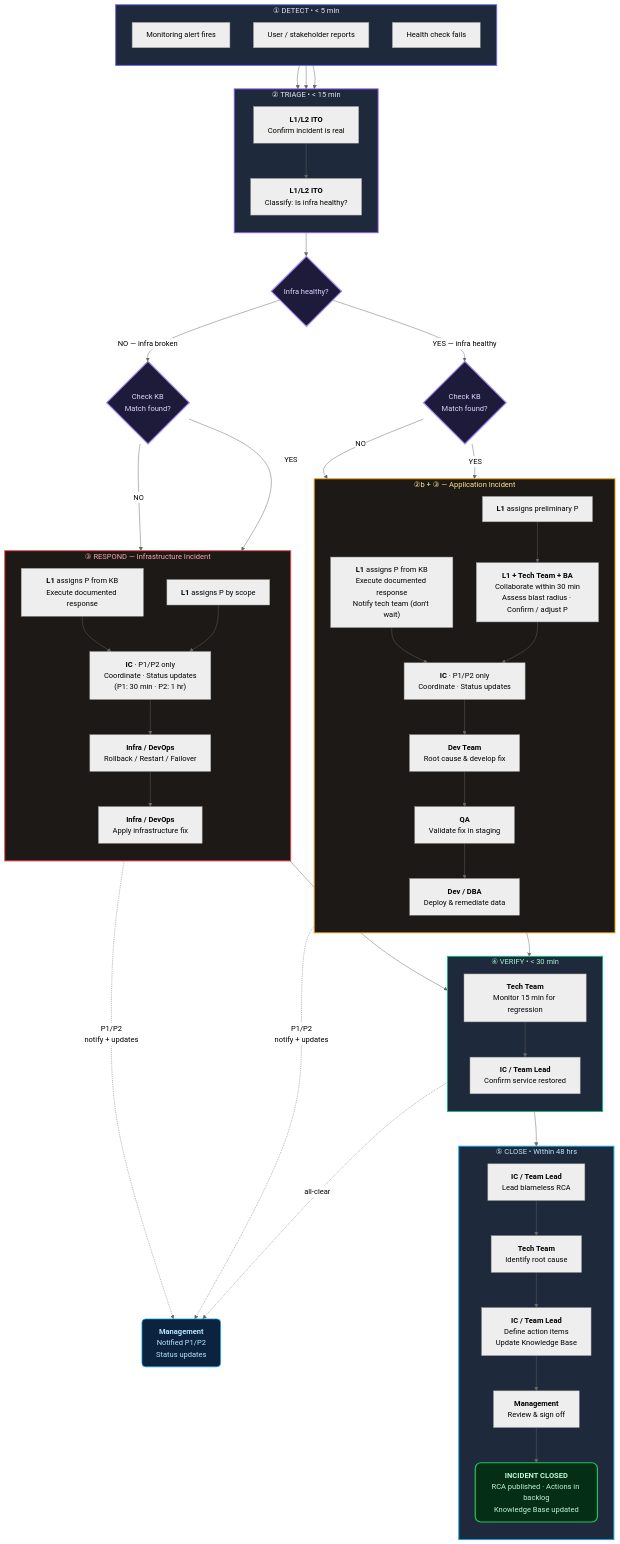
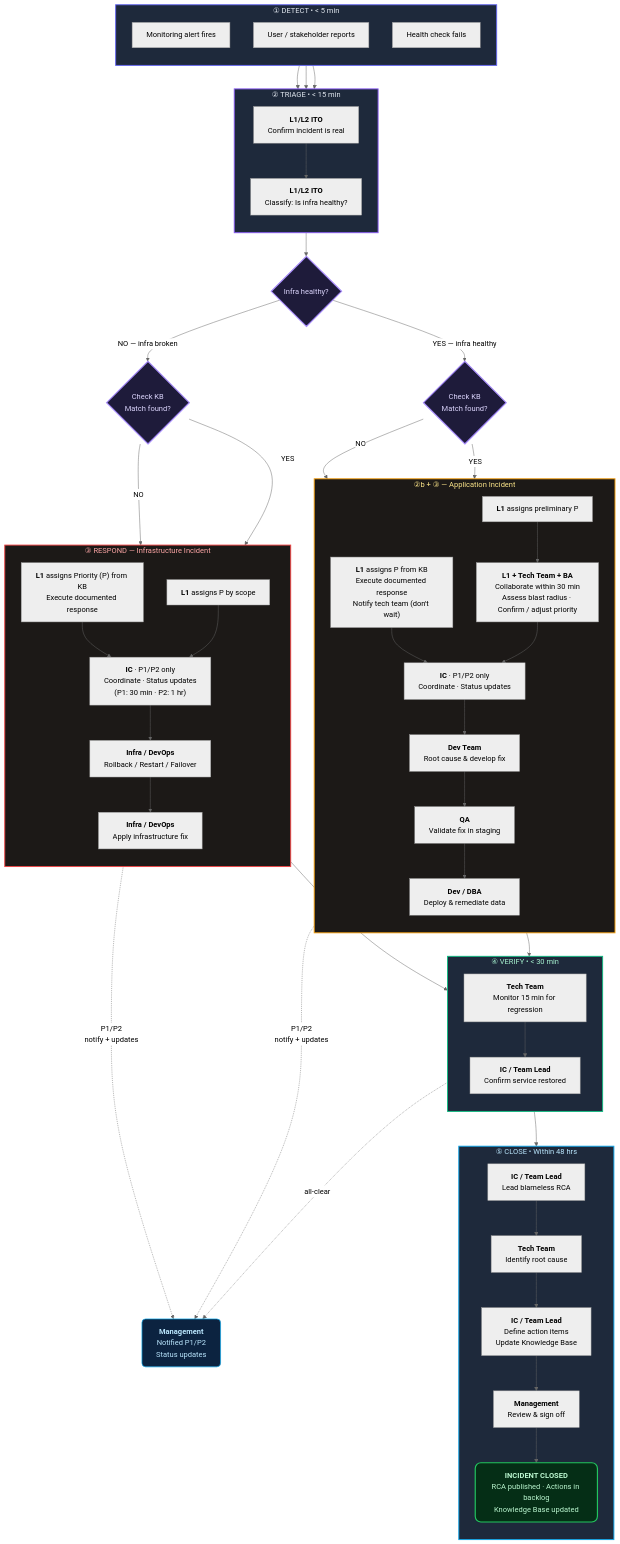
The first of 3 diagrams in solutions/incident-managment/swimlane-flow.md (dsonerd/sharable), drawn with Mermaid (neutral theme) before and after one commit. The commit also changed other lines of this file, not shown here.

First line of the commit message:
Clarify P = Priority level throughout swimlane flow

```diff
--- a/solutions/incident-managment/swimlane-flow.md
+++ b/solutions/incident-managment/swimlane-flow.md
@@ -183,7 +185,7 @@
 
     subgraph S3A["③ RESPOND — Infrastructure Incident"]
         direction TB
-        C0["<b>L1</b> assigns P from KB<br/>Execute documented response"]
+        C0["<b>L1</b> assigns Priority (P) from KB<br/>Execute documented response"]
         C0N["<b>L1</b> assigns P by scope"]
         C1["<b>IC</b> · P1/P2 only<br/>Coordinate · Status updates<br/>(P1: 30 min · P2: 1 hr)"]
         C2["<b>Infra / DevOps</b><br/>Rollback / Restart / Failover"]
@@ -205,7 +207,7 @@
         direction TB
         D0K["<b>L1</b> assigns P from KB<br/>Execute documented response<br/>Notify tech team (don't wait)"]
         D0["<b>L1</b> assigns preliminary P"]
-        D0B["<b>L1 + Tech Team + BA</b><br/>Collaborate within 30 min<br/>Assess blast radius · Confirm / adjust P"]
+        D0B["<b>L1 + Tech Team + BA</b><br/>Collaborate within 30 min<br/>Assess blast radius · Confirm / adjust priority"]
         D1["<b>IC</b> · P1/P2 only<br/>Coordinate · Status updates"]
         D2["<b>Dev Team</b><br/>Root cause & develop fix"]
         D3["<b>QA</b><br/>Validate fix in staging"]
```
